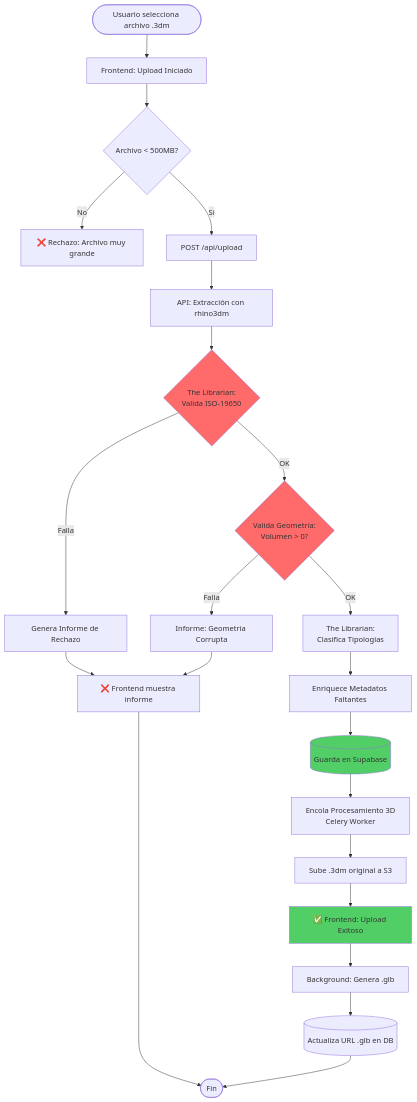
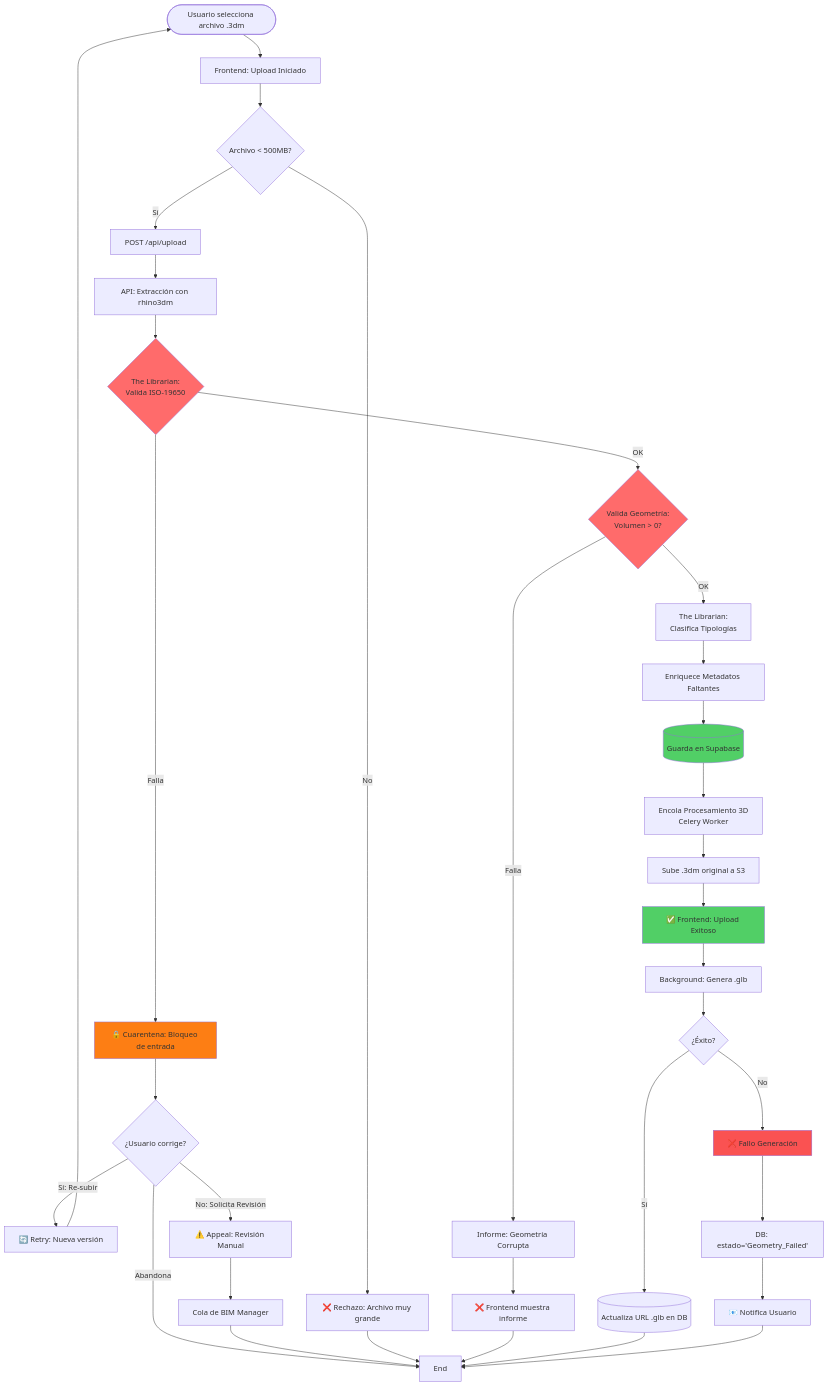
The first of 7 diagrams in docs/04-use-cases.md (LIDR-academy/AI4Devs-finalproject), drawn with Mermaid before and after one commit. The commit also changed other lines of this file and 21 other files, not shown here.

````diff
--- a/docs/04-use-cases.md
+++ b/docs/04-use-cases.md
@@ -31,39 +31,54 @@
 ```mermaid
 flowchart TD
     Start([Usuario selecciona archivo .3dm]) --> Upload[Frontend: Upload Iniciado]
     Upload --> CheckSize{Archivo < 500MB?}
     
     CheckSize -->|No| RejectSize[❌ Rechazo: Archivo muy grande]
     CheckSize -->|Sí| SendAPI[POST /api/upload]
     
     SendAPI --> ExtractMetadata[API: Extracción con rhino3dm]
     ExtractMetadata --> ValidateISO{The Librarian:<br/>Valida ISO-19650}
     
-    ValidateISO -->|Falla| GenerateReport[Genera Informe de Rechazo]
-    GenerateReport --> ReturnError[❌ Frontend muestra informe]
+    ValidateISO -->|Falla| Quarantine[🔒 Cuarentena: Bloqueo de entrada]
+    Quarantine --> OptionRetry{¿Usuario corrige?}
+    OptionRetry -->|Sí: Re-subir| RetryRequested[🔄 Retry: Nueva versión]
+    RetryRequested --> Start
+    OptionRetry -->|No: Solicita Revisión| AppealReview[⚠️ Appeal: Revisión Manual]
+    AppealReview --> ManualQueue[Cola de BIM Manager]
+    OptionRetry -->|Abandona| End
     
     ValidateISO -->|OK| CheckGeometry{Valida Geometría:<br/>Volumen > 0?}
     
     CheckGeometry -->|Falla| GenerateGeoReport[Informe: Geometría Corrupta]
-    GenerateGeoReport --> ReturnError
+    GenerateGeoReport --> ReturnError[❌ Frontend muestra informe]
     
     CheckGeometry -->|OK| ClassifyParts[The Librarian:<br/>Clasifica Tipologías]
     ClassifyParts --> EnrichMetadata[Enriquece Metadatos Faltantes]
     
     EnrichMetadata --> SaveDB[(Guarda en Supabase)]
     SaveDB --> QueueProcessing[Encola Procesamiento 3D<br/>Celery Worker]
     
     QueueProcessing --> UploadStorage[Sube .3dm original a S3]
     UploadStorage --> Success[✅ Frontend: Upload Exitoso]
     
     Success --> BackgroundWork[Background: Genera .glb]
-    BackgroundWork --> UpdateDB[(Actualiza URL .glb en DB)]
+    BackgroundWork --> GenSuccess{¿Éxito?}
     
-    ReturnError --> End([Fin])
+    GenSuccess -->|Sí| UpdateDB[(Actualiza URL .glb en DB)]
+    GenSuccess -->|No| GenFailure[❌ Fallo Generación]
+    GenFailure --> MarkFailed[DB: estado='Geometry_Failed']
+    MarkFailed --> NotifyUser[📧 Notifica Usuario]
+    
+    ManualQueue --> End
+    RejectSize --> End
+    ReturnError --> End
     UpdateDB --> End
+    NotifyUser --> End
     
     style ValidateISO fill:#ff6b6b
     style CheckGeometry fill:#ff6b6b
     style SaveDB fill:#51cf66
     style Success fill:#51cf66
+    style Quarantine fill:#fd7e14
+    style GenFailure fill:#fa5252
 ```
````
